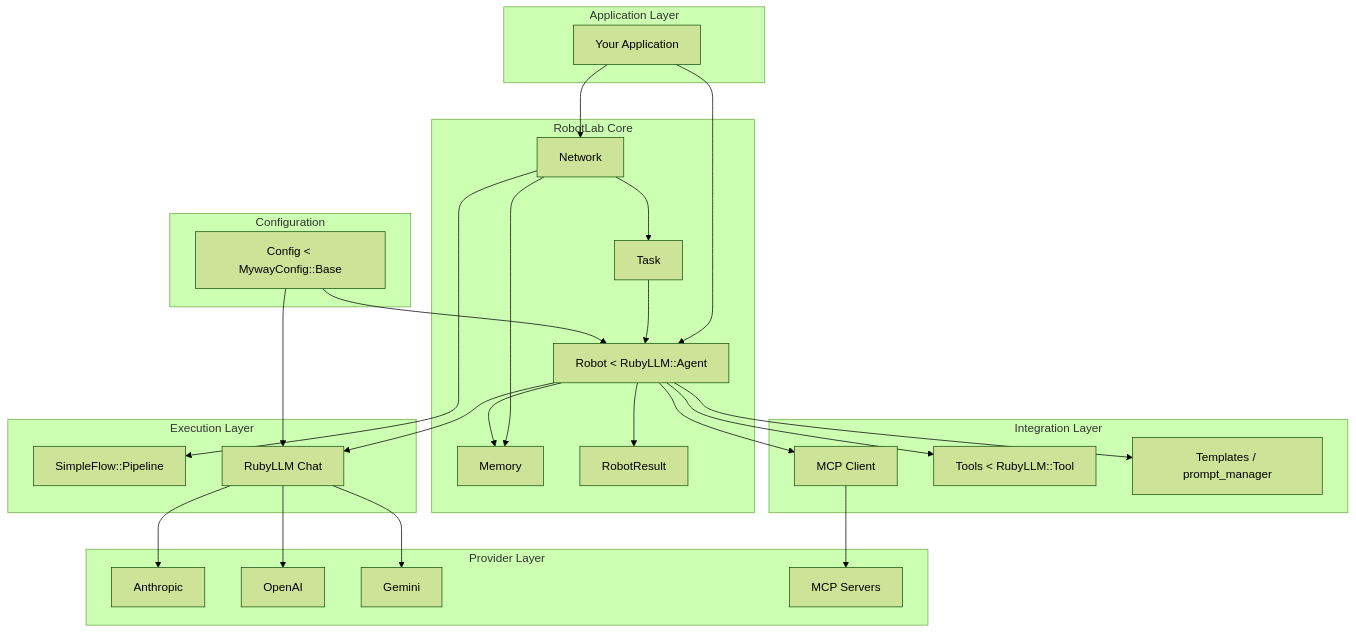
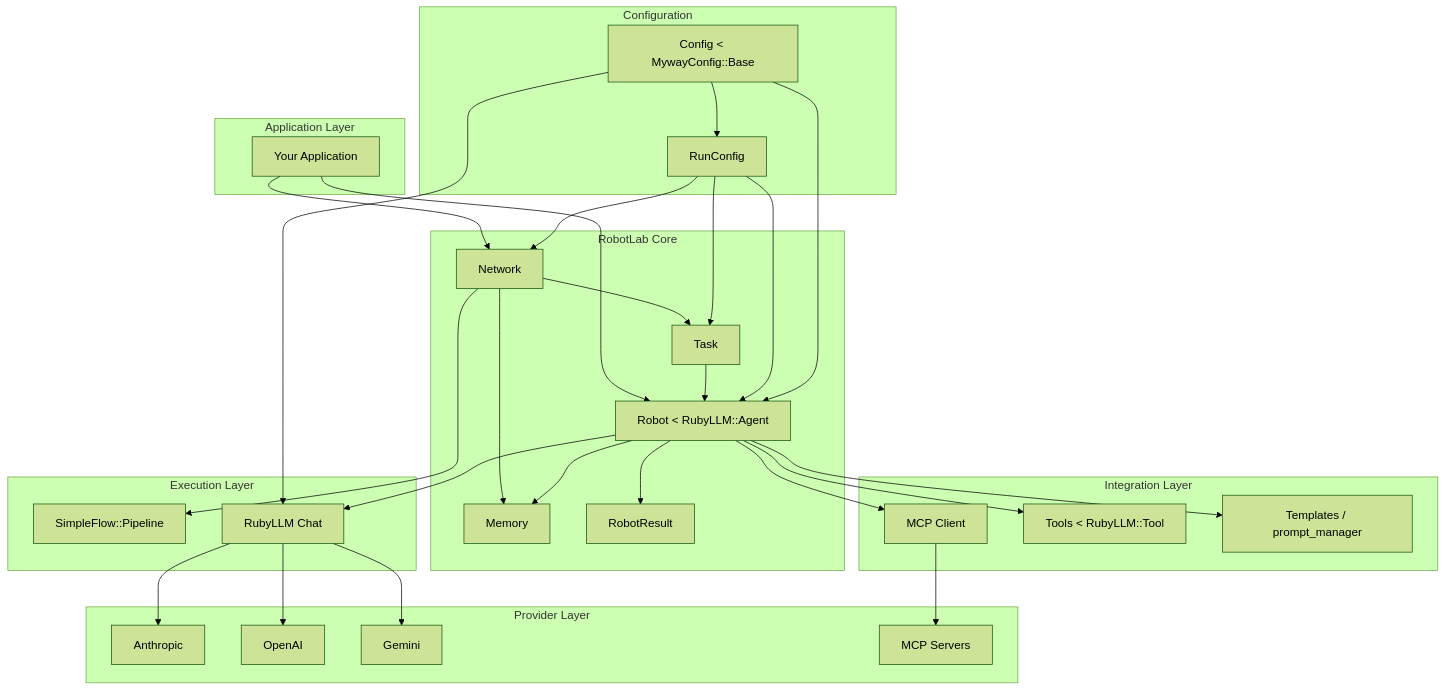
The diagram in docs/architecture/index.md (MadBomber/robot_lab), drawn with Mermaid (forest theme) before and after one commit. The commit also changed other lines of this file and 45 other files, not shown here.

````diff
--- a/docs/architecture/index.md
+++ b/docs/architecture/index.md
@@ -38,55 +38,60 @@
 ```mermaid
 graph TB
     subgraph "Application Layer"
         A[Your Application]
     end
 
     subgraph "RobotLab Core"
         B[Network]
         C[Task]
         D[Robot < RubyLLM::Agent]
         E[Memory]
         F[RobotResult]
     end
 
     subgraph "Configuration"
         G[Config < MywayConfig::Base]
+        R[RunConfig]
     end
 
     subgraph "Integration Layer"
         H[MCP Client]
         I[Tools < RubyLLM::Tool]
         J[Templates / prompt_manager]
     end
 
     subgraph "Execution Layer"
         K[SimpleFlow::Pipeline]
         L[RubyLLM Chat]
     end
 
     subgraph "Provider Layer"
         M[Anthropic]
         N[OpenAI]
         O[Gemini]
         P[MCP Servers]
     end
 
     A --> B
     A --> D
     B --> C
     C --> D
     B --> K
     B --> E
     D --> E
     D --> L
     D --> H
     D --> I
     D --> J
     D --> F
+    G --> R
+    R --> B
+    R --> C
+    R --> D
     G --> D
     G --> L
     L --> M
     L --> N
     L --> O
     H --> P
 ```
````
